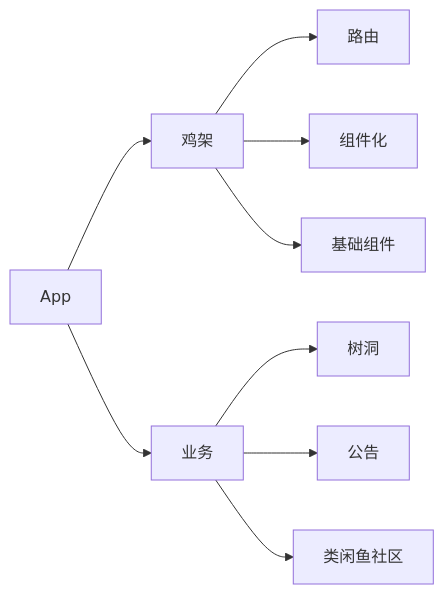
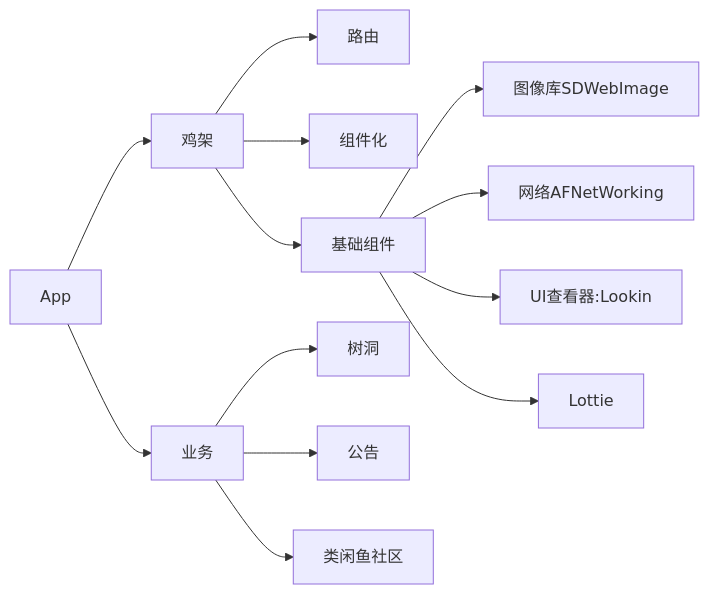
The diagram in content/skill/2025-09-02-开发一款属于自己的 APP/index.md (Meteor-Z/Meteor-Z.github.io), drawn with Mermaid before and after one commit. The commit also changed other lines of this file, not shown here.

````diff
--- a/content/skill/2025-09-02-开发一款属于自己的 APP/index.md
+++ b/content/skill/2025-09-02-开发一款属于自己的 APP/index.md
@@ -43,30 +43,39 @@
 ```mermaid
 flowchart LR
 
   
   App --> 鸡架
   App --> 业务
 
   鸡架 --> 路由
   鸡架 --> 组件化
+  
   鸡架 --> 基础组件
+
+  基础组件 --> 图像库SDWebImage
+  基础组件 --> 网络AFNetWorking
+  基础组件 --> UI查看器:Lookin
+  基础组件 --> Lottie
+
+  
 
 
   业务 --> 树洞
   业务 --> 公告
   业务 --> 类闲鱼社区
-  
+
+
   
   
   
   
 
 
 
 
   
     
 
     
 
 ```
````
